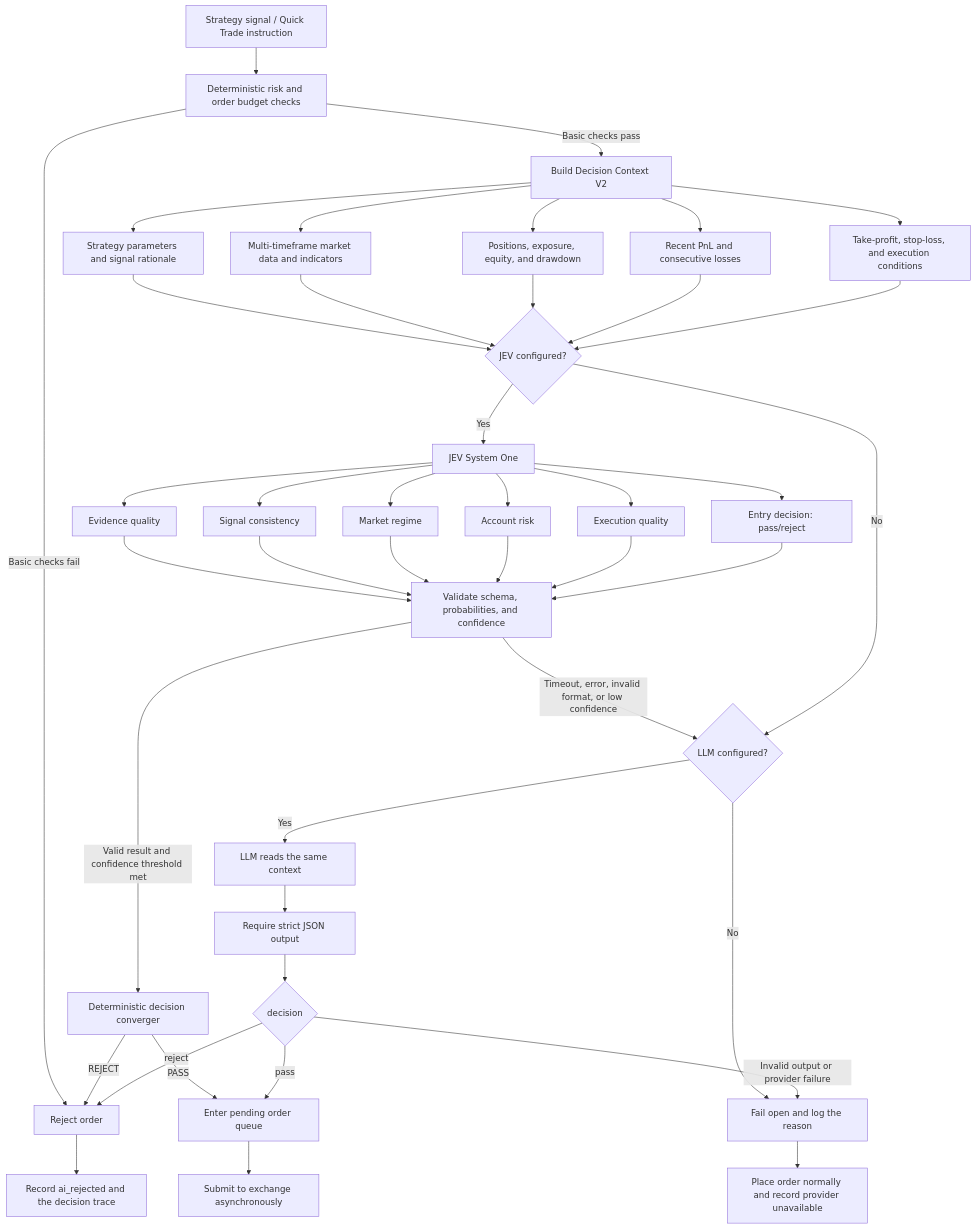
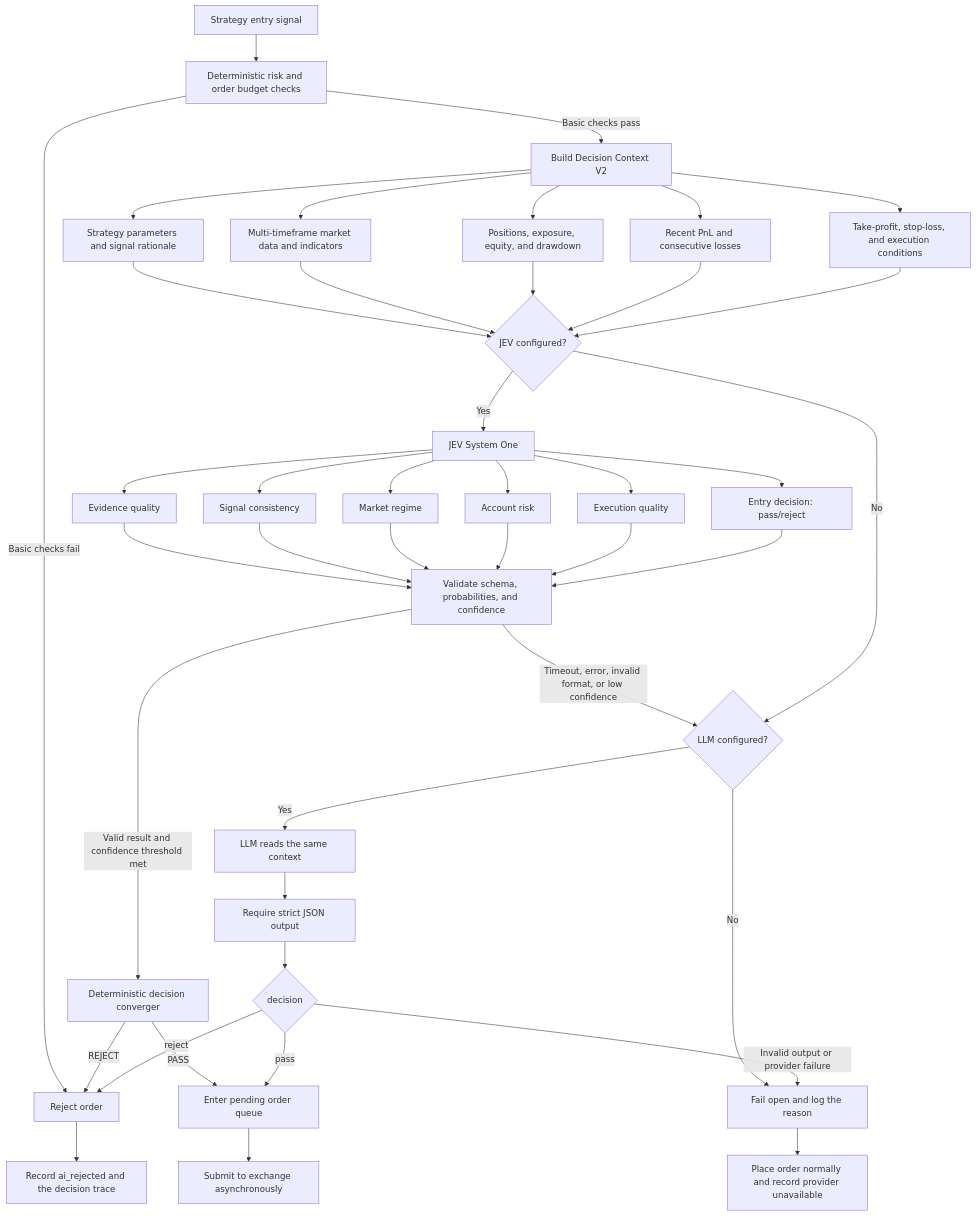
One commit to Mohammad8917/QuantDinger9 changed the second of 2 diagrams in README.md. Above: the diagram before and after it, drawn with Mermaid. The commit also changed other lines of this file and 73 other files, not shown here.

````diff
--- a/README.md
+++ b/README.md
@@ -460,55 +460,55 @@
 ```mermaid
 flowchart TD
-    A["Strategy signal / Quick Trade instruction"] --> B["Deterministic risk and order budget checks"]
+    A["Strategy entry signal"] --> B["Deterministic risk and order budget checks"]
     B -->|"Basic checks fail"| R["Reject order"]
     B -->|"Basic checks pass"| C["Build Decision Context V2"]
 
     C --> C1["Strategy parameters and signal rationale"]
     C --> C2["Multi-timeframe market data and indicators"]
     C --> C3["Positions, exposure, equity, and drawdown"]
     C --> C4["Recent PnL and consecutive losses"]
     C --> C5["Take-profit, stop-loss, and execution conditions"]
 
     C1 --> D
     C2 --> D
     C3 --> D
     C4 --> D
     C5 --> D
 
     D{"JEV configured?"}
 
     D -->|"Yes"| E["JEV System One"]
     E --> E1["Evidence quality"]
     E --> E2["Signal consistency"]
     E --> E3["Market regime"]
     E --> E4["Account risk"]
     E --> E5["Execution quality"]
     E --> E6["Entry decision: pass/reject"]
 
     E1 --> F["Validate schema, probabilities, and confidence"]
     E2 --> F
     E3 --> F
     E4 --> F
     E5 --> F
     E6 --> F
 
     F -->|"Valid result and confidence threshold met"| G["Deterministic decision converger"]
     F -->|"Timeout, error, invalid format, or low confidence"| H
 
     D -->|"No"| H{"LLM configured?"}
     H -->|"Yes"| I["LLM reads the same context"]
     I --> J["Require strict JSON output"]
     J --> K{"decision"}
 
     H -->|"No"| O["Fail open and log the reason"]
 
     G -->|"PASS"| P["Enter pending order queue"]
     G -->|"REJECT"| R
     K -->|"pass"| P
     K -->|"reject"| R
     K -->|"Invalid output or provider failure"| O
 
     P --> Q["Submit to exchange asynchronously"]
     R --> S["Record ai_rejected and the decision trace"]
     O --> T["Place order normally and record provider unavailable"]
 ```
````
